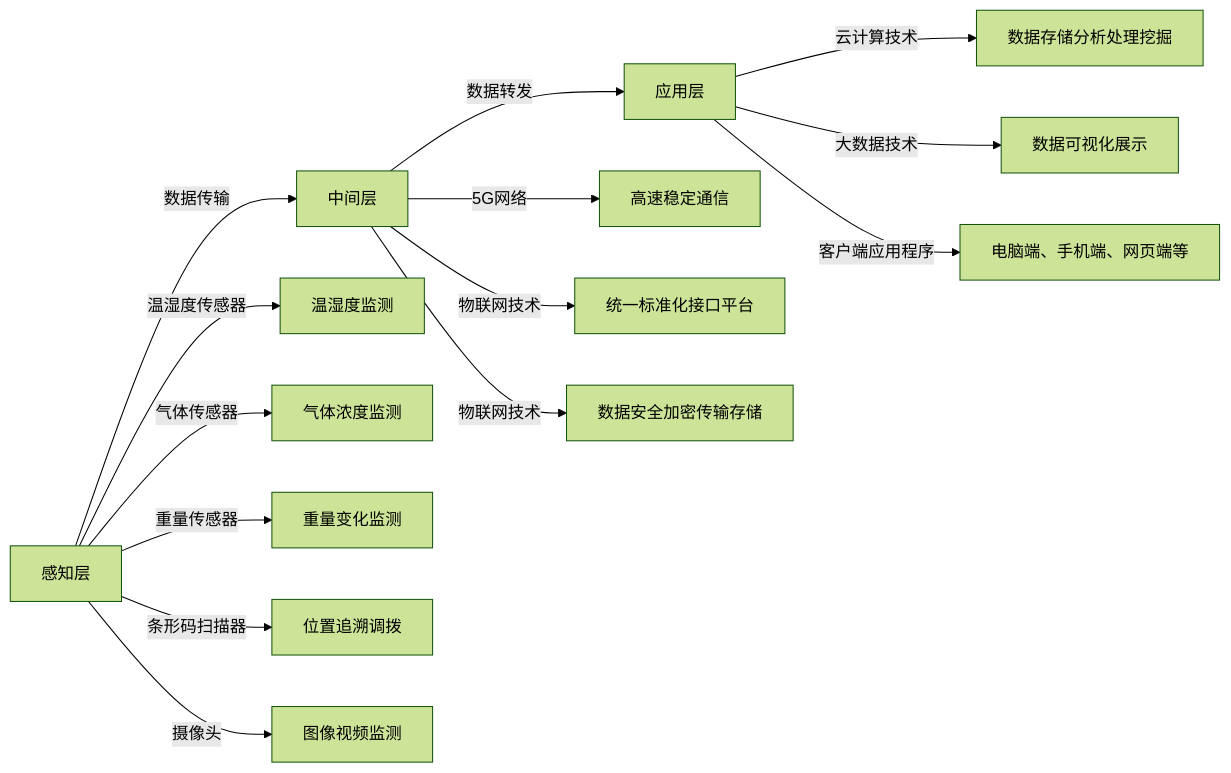
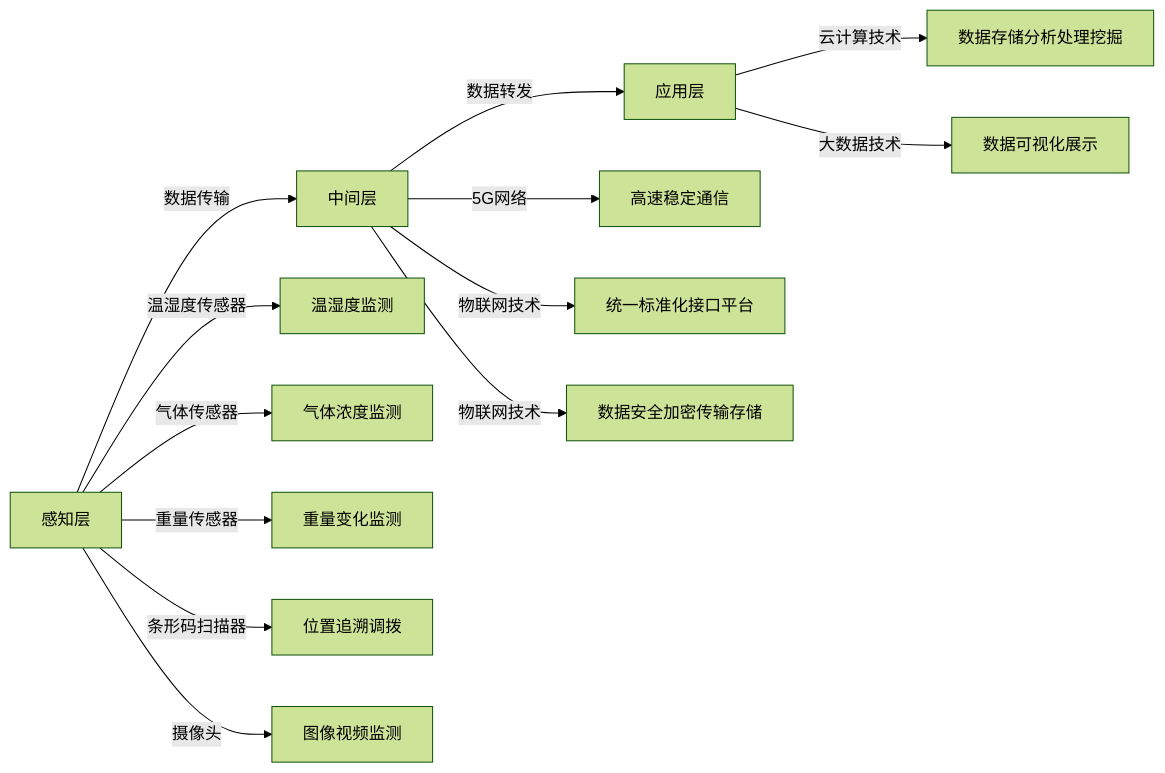
The second of 2 diagrams in Math/线代/行列式典型例题分析.md (Chenyinlin-Yiking/obsidian), drawn with Mermaid (forest theme) before and after one commit.

Commit message:
vault backup: 2023-06-09 18:02:04

````diff
--- a/Math/线代/行列式典型例题分析.md
+++ b/Math/线代/行列式典型例题分析.md
@@ -70,16 +70,15 @@
 ```mermaid
 graph LR
 A[感知层] -->|数据传输| B[中间层]
 B -->|数据转发| C[应用层]
 A -->|温湿度传感器| D[温湿度监测]
 A -->|气体传感器| E[气体浓度监测]
 A -->|重量传感器| F[重量变化监测]
 A -->|条形码扫描器| G[位置追溯调拨]
 A -->|摄像头| H[图像视频监测]
 B -->|5G网络| I[高速稳定通信]
 B -->|物联网技术| J[统一标准化接口平台]
 B -->|物联网技术| K[数据安全加密传输存储]
 C -->|云计算技术| L[数据存储分析处理挖掘]
 C -->|大数据技术| M[数据可视化展示]
-C -->|客户端应用程序| N[电脑端、手机端、网页端等]
 ```
````
